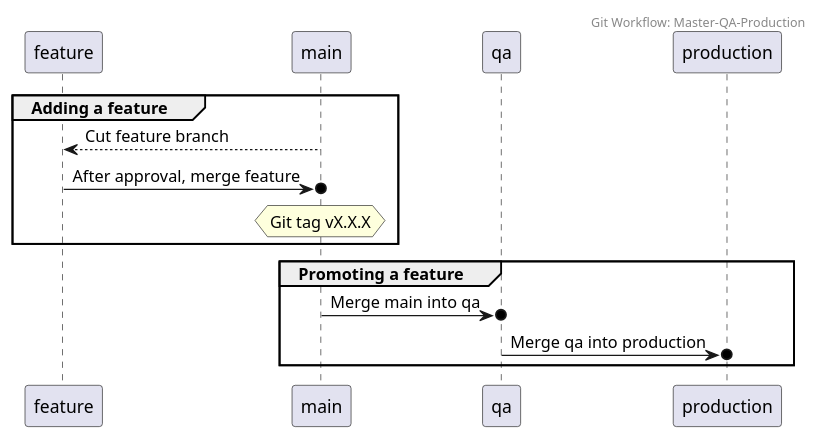
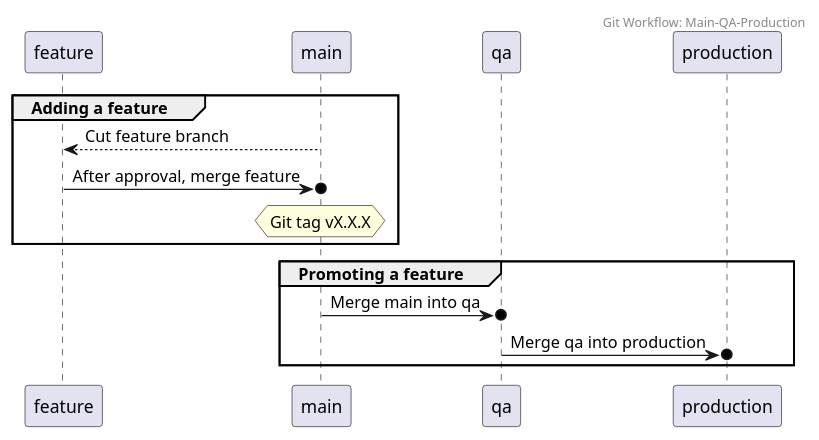
Before and after one commit to NYPL/engineering-general: the diagram in standards/assets/git-workflow-main-qa-production.plantuml, drawn with PlantUML. The commit also changed 9 other files, not shown here.

```diff
--- a/standards/assets/git-workflow-main-qa-production.plantuml
+++ b/standards/assets/git-workflow-main-qa-production.plantuml
@@ -1,20 +1,20 @@
 @startuml
 
-Header Git Workflow: Master-QA-Production
+Header Git Workflow: Main-QA-Production
 
 group Adding a feature
 
   feature <-- main: Cut feature branch
   feature ->o main: After approval, merge feature
   hnote over main: Git tag vX.X.X
    
 end
 
 group Promoting a feature
 
   main ->o qa: Merge main into qa
   qa ->o production: Merge qa into production
 
 end
 
 @enduml
```
